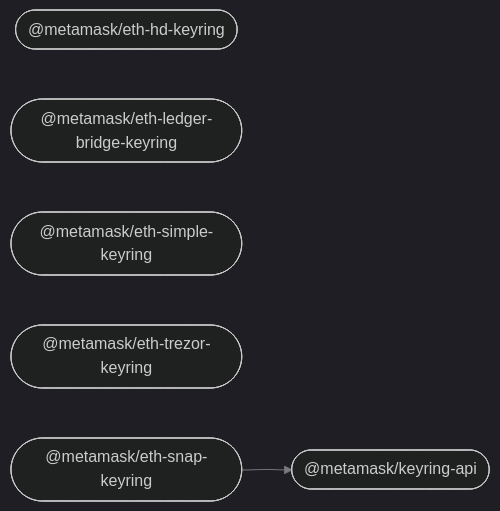
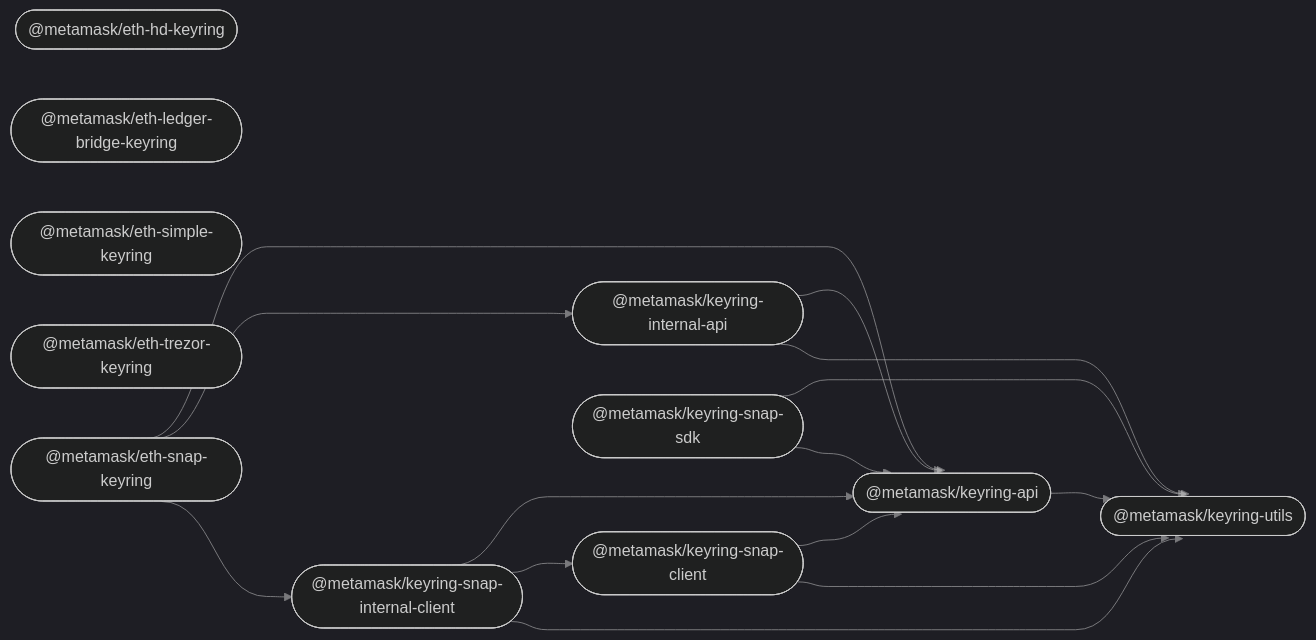
The diagram in README.md (MetaMask/accounts), drawn with Mermaid (dark theme) before and after one commit. The commit also changed other lines of this file and 135 other files, not shown here.

First line of the commit message:
refactor: split keyring-api (#24)

````diff
--- a/README.md
+++ b/README.md
@@ -28,12 +33,29 @@
 ```mermaid
 %%{ init: { 'flowchart': { 'curve': 'bumpX' } } }%%
 graph LR;
 linkStyle default opacity:0.5
   keyring_api(["@metamask/keyring-api"]);
   eth_hd_keyring(["@metamask/eth-hd-keyring"]);
   eth_ledger_bridge_keyring(["@metamask/eth-ledger-bridge-keyring"]);
   eth_simple_keyring(["@metamask/eth-simple-keyring"]);
   eth_trezor_keyring(["@metamask/eth-trezor-keyring"]);
+  keyring_internal_api(["@metamask/keyring-internal-api"]);
   eth_snap_keyring(["@metamask/eth-snap-keyring"]);
+  keyring_snap_client(["@metamask/keyring-snap-client"]);
+  keyring_snap_internal_client(["@metamask/keyring-snap-internal-client"]);
+  keyring_snap_sdk(["@metamask/keyring-snap-sdk"]);
+  keyring_utils(["@metamask/keyring-utils"]);
+  keyring_api --> keyring_utils;
+  keyring_internal_api --> keyring_api;
+  keyring_internal_api --> keyring_utils;
   eth_snap_keyring --> keyring_api;
+  eth_snap_keyring --> keyring_internal_api;
+  eth_snap_keyring --> keyring_snap_internal_client;
+  keyring_snap_client --> keyring_api;
+  keyring_snap_client --> keyring_utils;
+  keyring_snap_internal_client --> keyring_api;
+  keyring_snap_internal_client --> keyring_snap_client;
+  keyring_snap_internal_client --> keyring_utils;
+  keyring_snap_sdk --> keyring_utils;
+  keyring_snap_sdk --> keyring_api;
 ```
````
